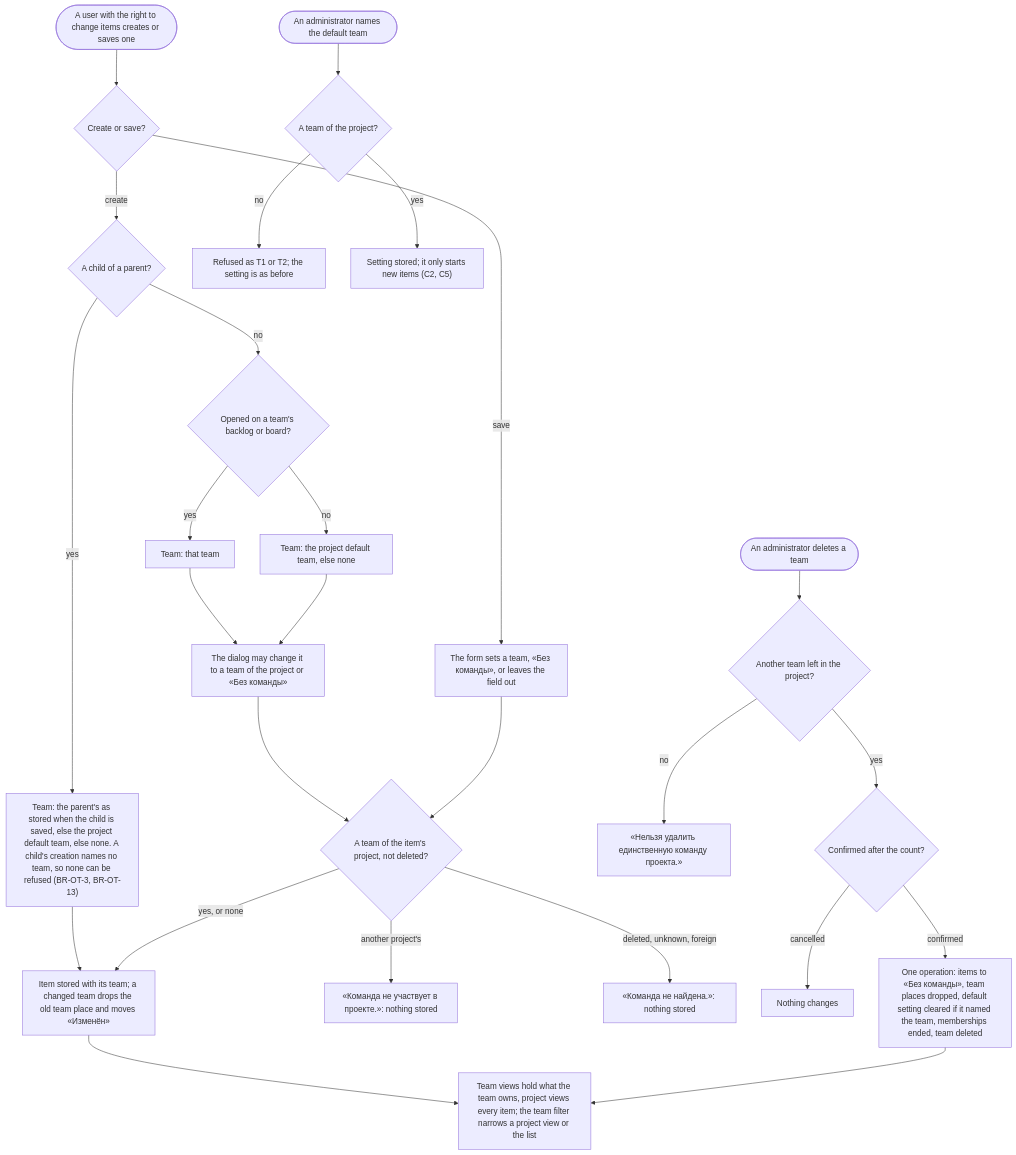
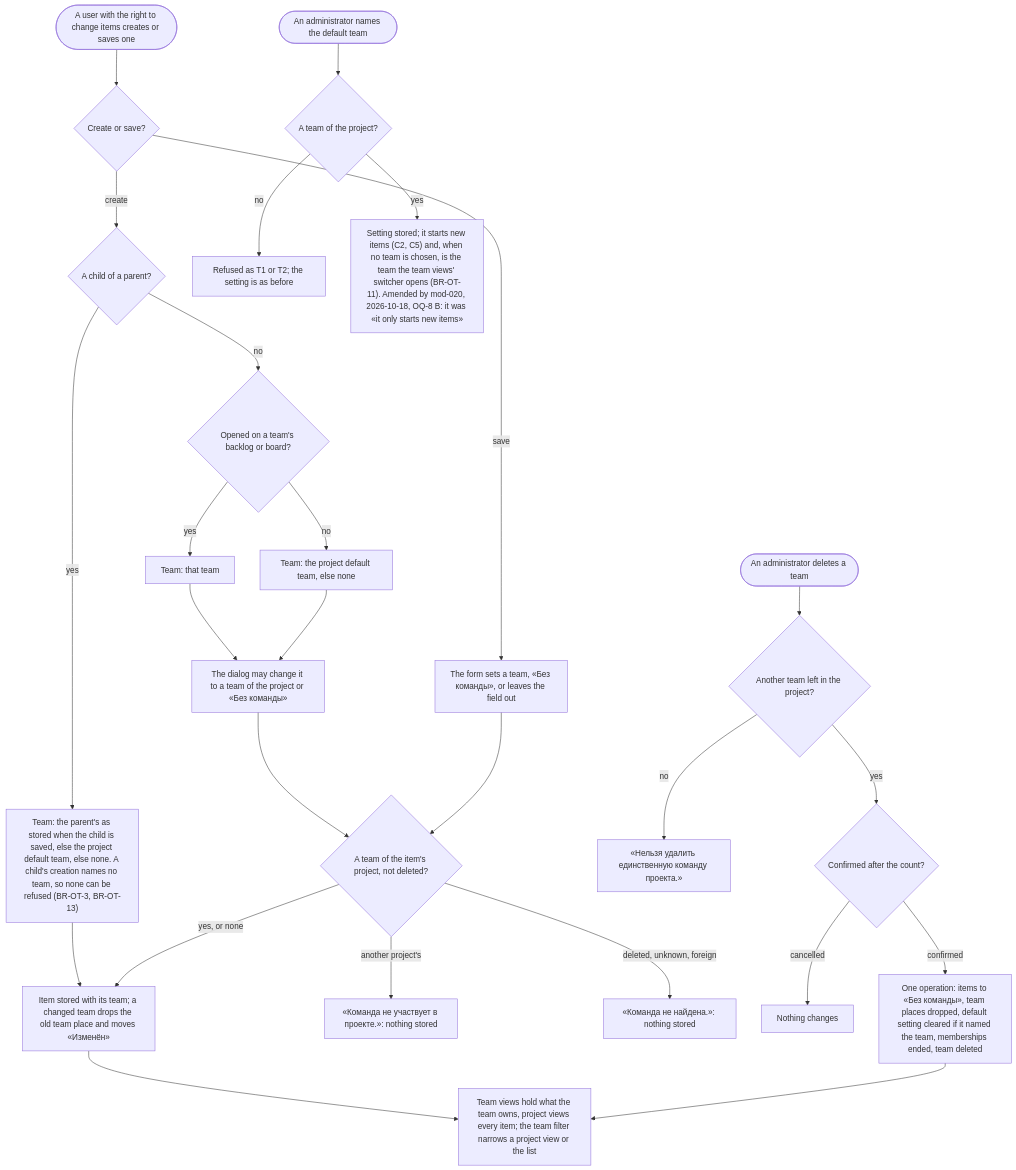
One commit to totKtoXam/mustask changed the diagram in docs/features/mod-017-work-item-owning-team/spec.md. Above: the diagram before and after it, drawn with Mermaid. The commit also changed 6 other files, not shown here.

First line of the commit message:
tech(boards): mod-020 default-team prose and gate-3 (tech-045) (#29)

````diff
--- a/docs/features/mod-017-work-item-owning-team/spec.md
+++ b/docs/features/mod-017-work-item-owning-team/spec.md
@@ -37,28 +37,28 @@
 ```mermaid
 flowchart TD
     S(["A user with the right to change items creates or saves one"]) --> K{"Create or save?"}
     K -->|create| C1{"A child of a parent?"}
     C1 -->|yes| C2["Team: the parent's as stored when the child is saved, else the project default team, else none. A child's creation names no team, so none can be refused (BR-OT-3, BR-OT-13)"]
     C1 -->|no| C3{"Opened on a team's backlog or board?"}
     C3 -->|yes| C4["Team: that team"]
     C3 -->|no| C5["Team: the project default team, else none"]
     C2 --> W
     C4 --> E["The dialog may change it to a team of the project or «Без команды»"]
     C5 --> E
     K -->|save| E2["The form sets a team, «Без команды», or leaves the field out"]
     E --> T{"A team of the item's project, not deleted?"}
     E2 --> T
     T -->|"another project's"| T1["«Команда не участвует в проекте.»: nothing stored"]
     T -->|"deleted, unknown, foreign"| T2["«Команда не найдена.»: nothing stored"]
     T -->|"yes, or none"| W["Item stored with its team; a changed team drops the old team place and moves «Изменён»"]
     W --> V["Team views hold what the team owns, project views every item; the team filter narrows a project view or the list"]
     N(["An administrator names the default team"]) --> N1{"A team of the project?"}
     N1 -->|no| N2["Refused as T1 or T2; the setting is as before"]
-    N1 -->|yes| N3["Setting stored; it only starts new items (C2, C5)"]
+    N1 -->|yes| N3["Setting stored; it starts new items (C2, C5) and, when no team is chosen, is the team the team views' switcher opens (BR-OT-11). Amended by mod-020, 2026-10-18, OQ-8 B: it was «it only starts new items»"]
     D(["An administrator deletes a team"]) --> D1{"Another team left in the project?"}
     D1 -->|no| D1x["«Нельзя удалить единственную команду проекта.»"]
     D1 -->|yes| D2{"Confirmed after the count?"}
     D2 -->|cancelled| D2x["Nothing changes"]
     D2 -->|confirmed| D3["One operation: items to «Без команды», team places dropped, default setting cleared if it named the team, memberships ended, team deleted"]
     D3 --> V
 ```
````
